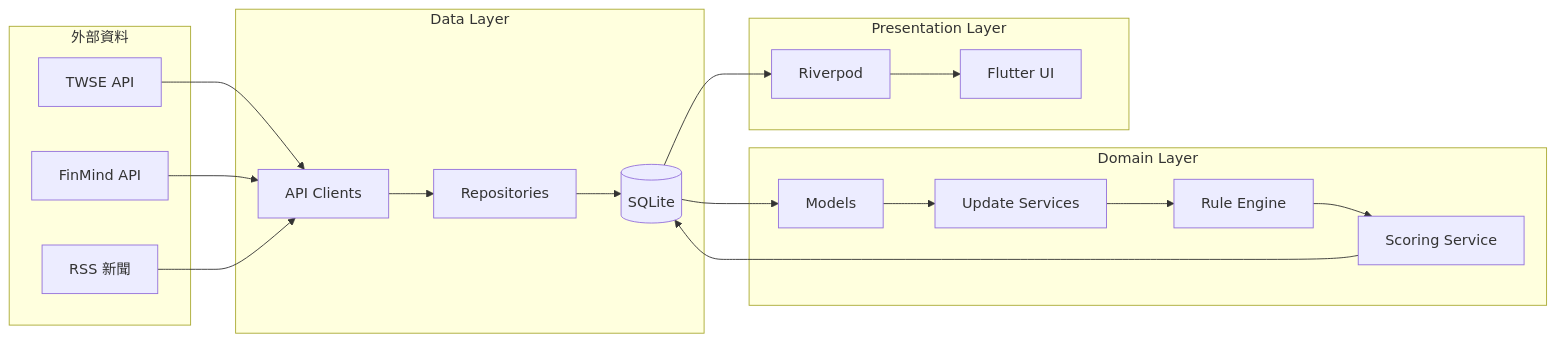
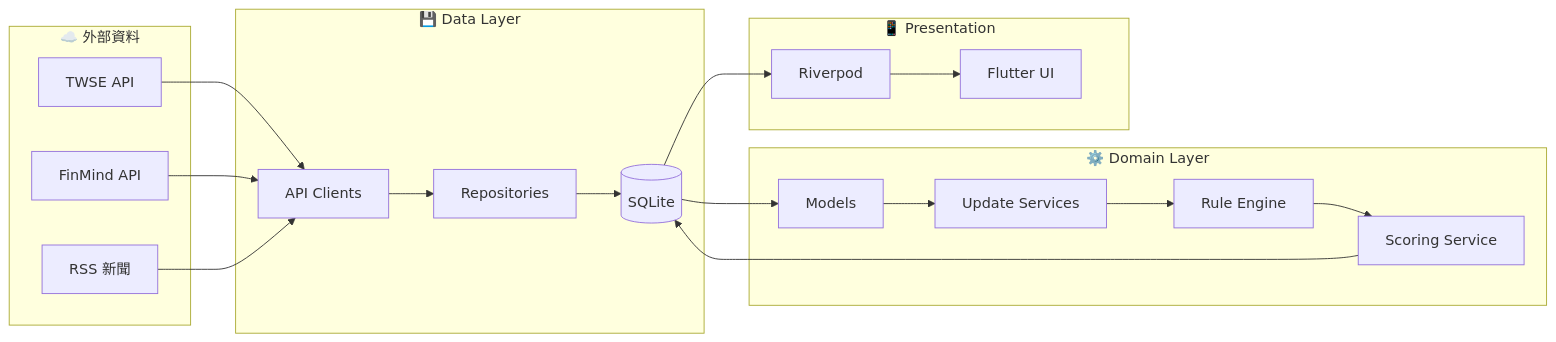
Before and after one commit to Neal75418/afterclose: the second of 4 diagrams in README.md, drawn with Mermaid. The commit also changed other lines of this file and 2 other files, not shown here.

First line of the commit message:
docs: 更新規則引擎文件與流程圖

````diff
--- a/README.md
+++ b/README.md
@@ -95,39 +69,39 @@
 ```mermaid
 flowchart LR
-    subgraph External["外部資料"]
-        TWSE[TWSE API]
-        FM[FinMind API]
-        RSS[RSS 新聞]
+    subgraph External["☁️ 外部資料"]
+        TWSE["TWSE API"]
+        FM["FinMind API"]
+        RSS["RSS 新聞"]
     end
 
-    subgraph Data["Data Layer"]
-        Remote[API Clients]
-        Repo[Repositories]
-        DB[(SQLite)]
+    subgraph Data["💾 Data Layer"]
+        Remote["API Clients"]
+        Repo["Repositories"]
+        DB[("SQLite")]
     end
 
-    subgraph Domain["Domain Layer"]
-        Models[Models]
-        Update[Update Services]
-        Rules[Rule Engine]
-        Scoring[Scoring Service]
+    subgraph Domain["⚙️ Domain Layer"]
+        Models["Models"]
+        Update["Update Services"]
+        Rules["Rule Engine"]
+        Scoring["Scoring Service"]
     end
 
-    subgraph Presentation["Presentation Layer"]
-        Provider[Riverpod]
-        UI[Flutter UI]
+    subgraph Presentation["📱 Presentation"]
+        Provider["Riverpod"]
+        UI["Flutter UI"]
     end
 
     TWSE --> Remote
     FM --> Remote
     RSS --> Remote
     Remote --> Repo
     Repo --> DB
     DB --> Models
     Models --> Update
     Update --> Rules
     Rules --> Scoring
     Scoring --> DB
     DB --> Provider
     Provider --> UI
 ```
````
